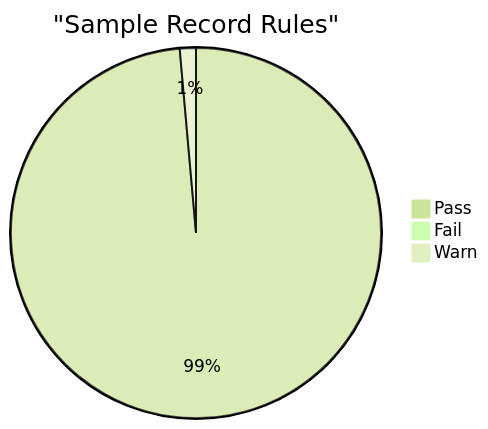
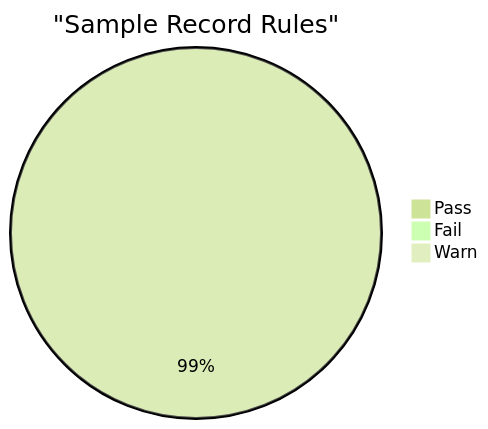
One commit to Vulnetix/ietf-crit-spec changed the second of 2 diagrams in tests/reports/20260322-crit-test-report.md. Above: the diagram before and after it, drawn with Mermaid (forest theme). The commit also changed other lines of this file and 62 other files, not shown here.

First line of the commit message:
Add CRIT vector string, restructure introduction, add record schema

````diff
--- a/tests/reports/20260322-crit-test-report.md
+++ b/tests/reports/20260322-crit-test-report.md
@@ -49,6 +49,6 @@
 ```mermaid
 pie title "Sample Record Rules"
-    "Pass" : 911
+    "Pass" : 1307
     "Fail" : 0
     "Warn" : 13
 ```
````
